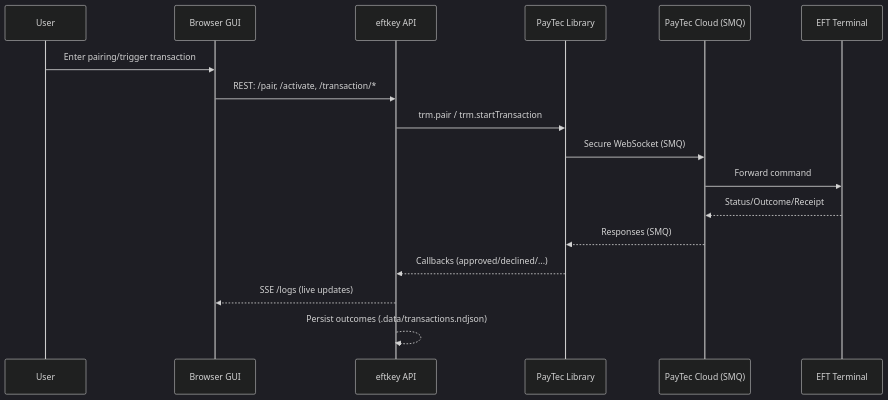
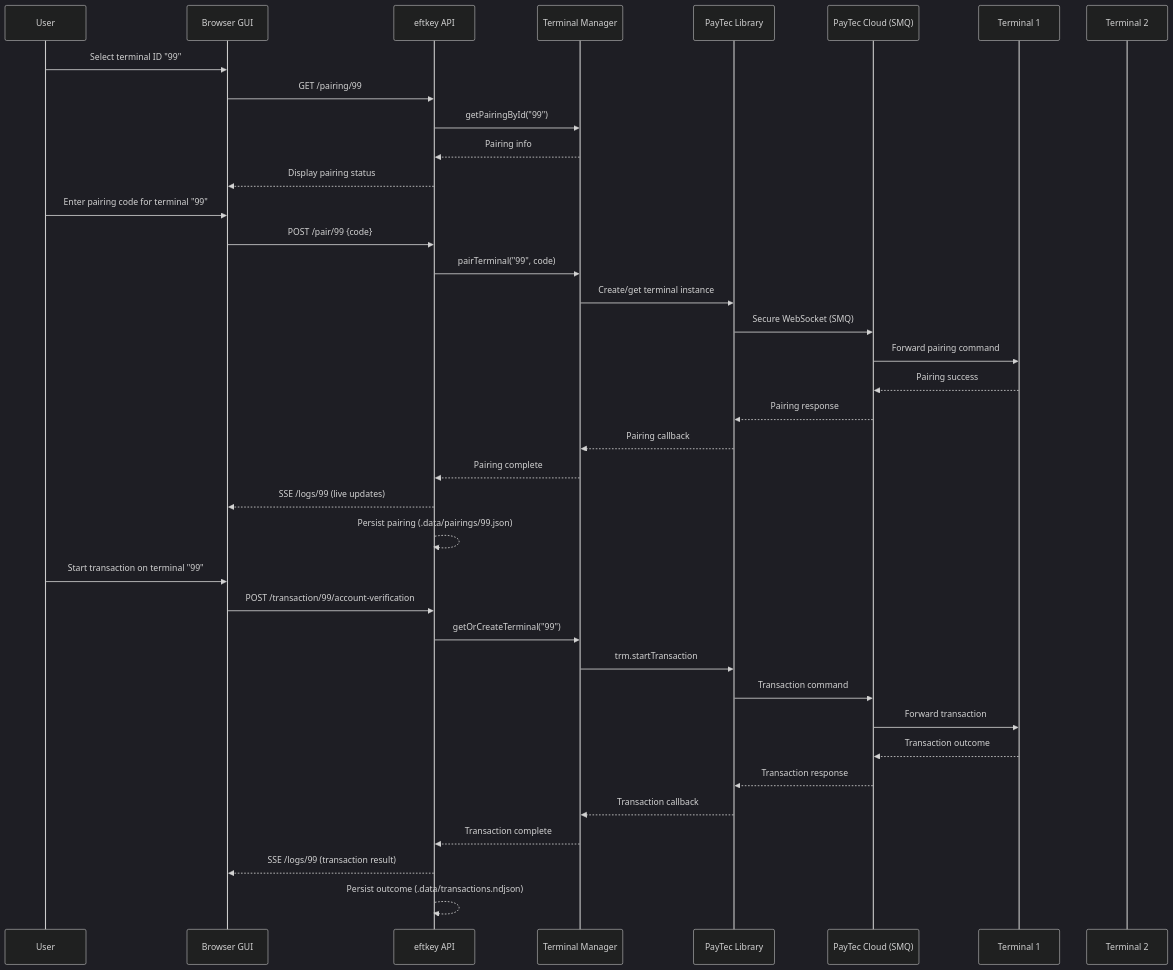
The second of 2 diagrams in README.md (leteffe/eftkey), drawn with Mermaid (dark theme) before and after one commit. The commit also changed other lines of this file and 7 other files, not shown here.

````diff
--- a/README.md
+++ b/README.md
@@ -148,20 +170,43 @@
 ```mermaid
 sequenceDiagram
   participant User as User
   participant GUI as Browser GUI
   participant API as eftkey API
+  participant TM as Terminal Manager
   participant Lib as PayTec Library
   participant Cloud as PayTec Cloud (SMQ)
-  participant Term as EFT Terminal
+  participant Term1 as Terminal 1
+  participant Term2 as Terminal 2
 
-  User->>GUI: Enter pairing/trigger transaction
-  GUI->>API: REST: /pair, /activate, /transaction/*
-  API->>Lib: trm.pair / trm.startTransaction
+  User->>GUI: Select terminal ID "99"
+  GUI->>API: GET /pairing/99
+  API->>TM: getPairingById("99")
+  TM-->>API: Pairing info
+  API-->>GUI: Display pairing status
+
+  User->>GUI: Enter pairing code for terminal "99"
+  GUI->>API: POST /pair/99 {code}
+  API->>TM: pairTerminal("99", code)
+  TM->>Lib: Create/get terminal instance
   Lib->>Cloud: Secure WebSocket (SMQ)
-  Cloud->>Term: Forward command
-  Term-->>Cloud: Status/Outcome/Receipt
-  Cloud-->>Lib: Responses (SMQ)
-  Lib-->>API: Callbacks (approved/declined/...)
-  API-->>GUI: SSE /logs (live updates)
-  API-->>API: Persist outcomes (.data/transactions.ndjson)
+  Cloud->>Term1: Forward pairing command
+  Term1-->>Cloud: Pairing success
+  Cloud-->>Lib: Pairing response
+  Lib-->>TM: Pairing callback
+  TM-->>API: Pairing complete
+  API-->>GUI: SSE /logs/99 (live updates)
+  API-->>API: Persist pairing (.data/pairings/99.json)
+
+  User->>GUI: Start transaction on terminal "99"
+  GUI->>API: POST /transaction/99/account-verification
+  API->>TM: getOrCreateTerminal("99")
+  TM->>Lib: trm.startTransaction
+  Lib->>Cloud: Transaction command
+  Cloud->>Term1: Forward transaction
+  Term1-->>Cloud: Transaction outcome
+  Cloud-->>Lib: Transaction response
+  Lib-->>TM: Transaction callback
+  TM-->>API: Transaction complete
+  API-->>GUI: SSE /logs/99 (transaction result)
+  API-->>API: Persist outcome (.data/transactions.ndjson)
 ```
````
